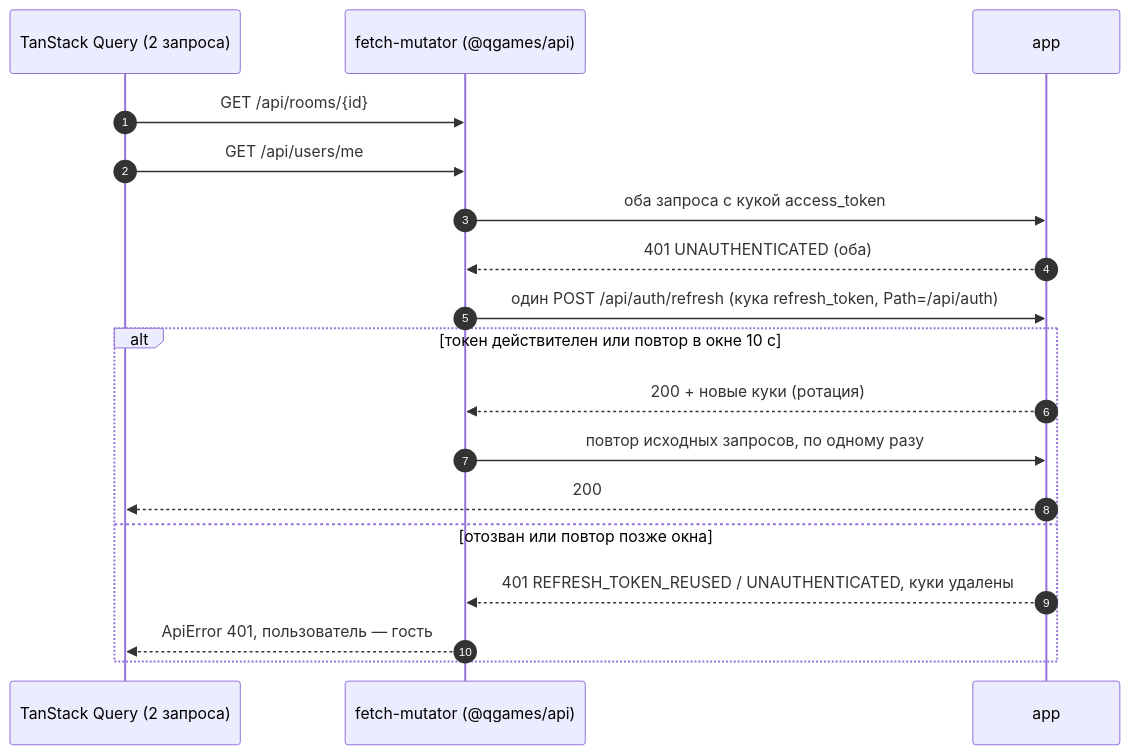
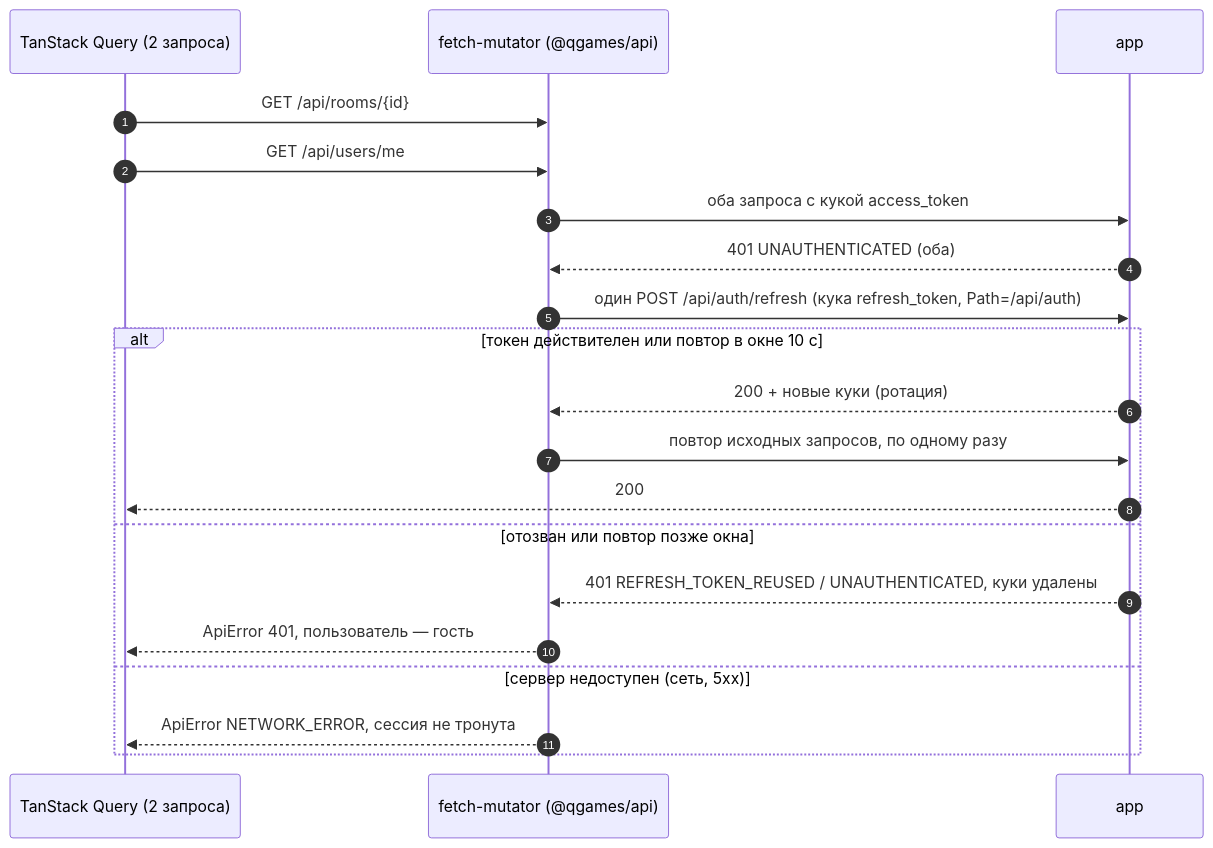
Before and after one commit to qwe3qwe3lott/qgames-workspace: the second of 2 diagrams in adr/c4/dynamic/auth.md, drawn with Mermaid. The commit also changed other lines of this file and 3 other files, not shown here.

````diff
--- a/adr/c4/dynamic/auth.md
+++ b/adr/c4/dynamic/auth.md
@@ -37,21 +37,23 @@
 ```mermaid
 sequenceDiagram
   autonumber
   participant Q as TanStack Query (2 запроса)
   participant M as fetch-mutator (@qgames/api)
   participant API as app
 
   Q->>M: GET /api/rooms/{id}
   Q->>M: GET /api/users/me
   M->>API: оба запроса с кукой access_token
   API-->>M: 401 UNAUTHENTICATED (оба)
   M->>API: один POST /api/auth/refresh (кука refresh_token, Path=/api/auth)
   alt токен действителен или повтор в окне 10 с
     API-->>M: 200 + новые куки (ротация)
     M->>API: повтор исходных запросов, по одному разу
     API-->>Q: 200
   else отозван или повтор позже окна
     API-->>M: 401 REFRESH_TOKEN_REUSED / UNAUTHENTICATED, куки удалены
     M-->>Q: ApiError 401, пользователь — гость
+  else сервер недоступен (сеть, 5xx)
+    M-->>Q: ApiError NETWORK_ERROR, сессия не тронута
   end
 ```
````
